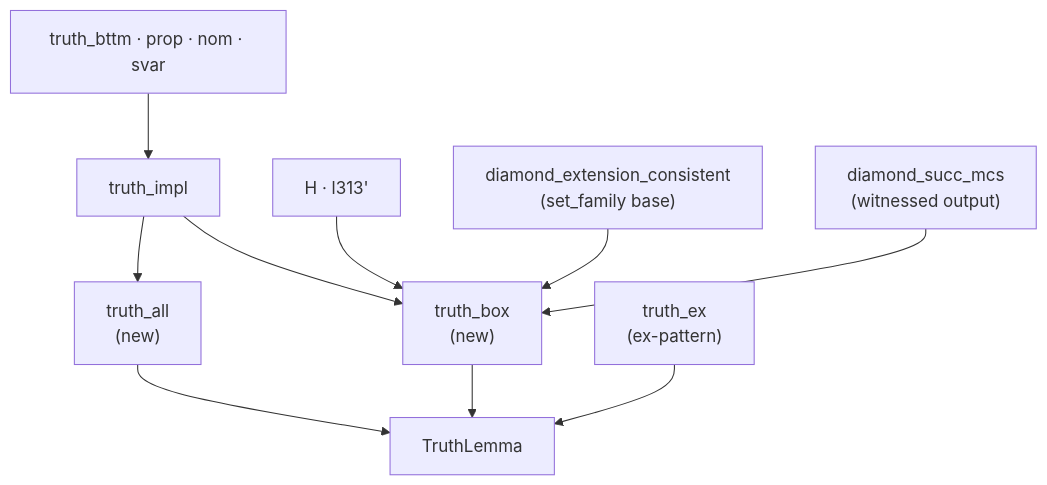
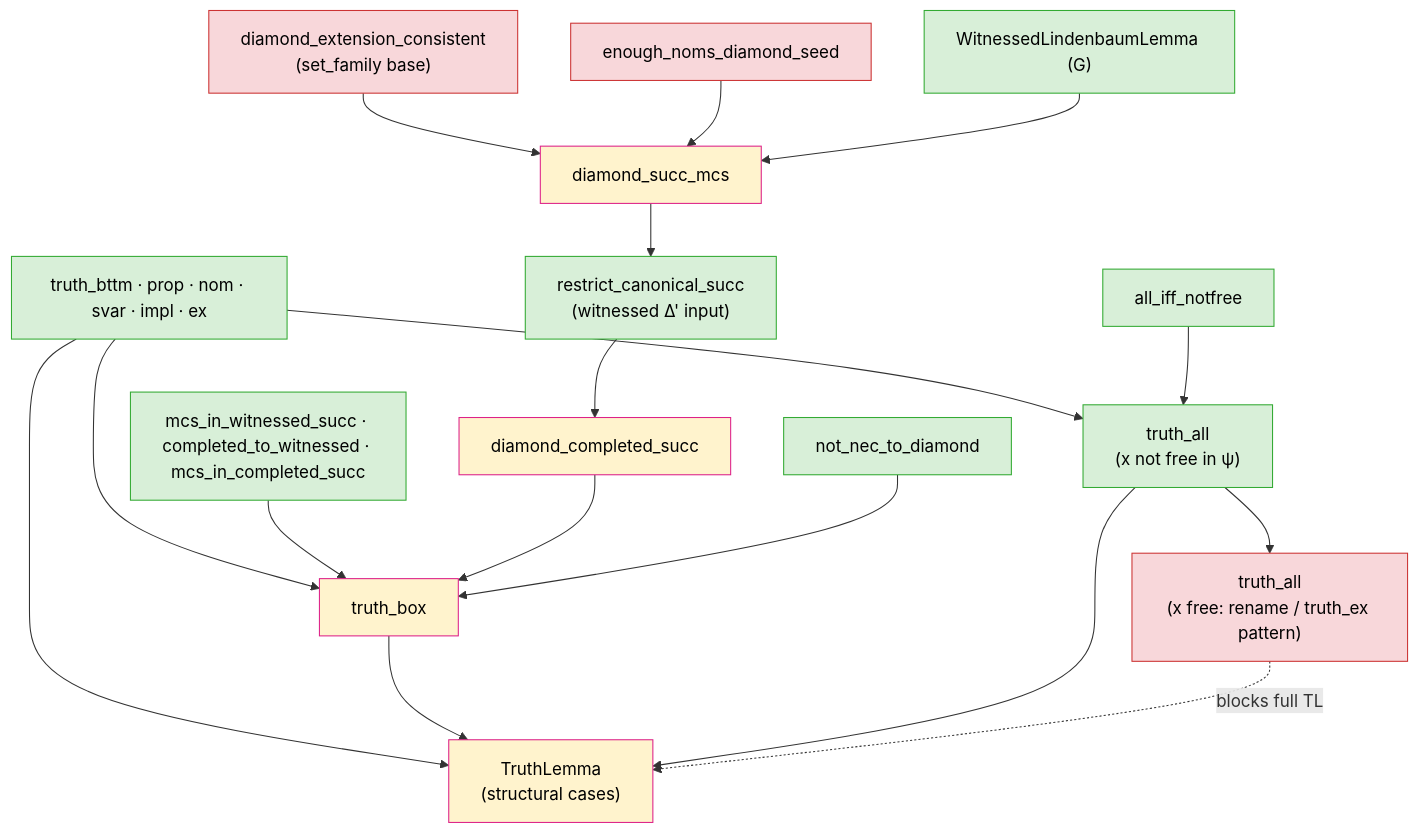
Before and after one commit to catskillsresearch/hybrid_logic_lean_revisited: the fourth of 5 diagrams in arxiv.md, drawn with Mermaid. The commit also changed other lines of this file and 2 other files, not shown here.

Commit message:
Add `subst_depth_bind` theorem in Substitutions.lean to establish depth relationships for substitutions in hybrid logic. Update truth lemma in CompletedModel.lean for clarity and consistency. Revise arxiv.md to reflect these enhancements and their implications for the completeness proof.

````diff
--- a/arxiv.md
+++ b/arxiv.md
@@ -273,12 +286,34 @@
 ```mermaid
 flowchart TD
-  base["truth_bttm · prop · nom · svar"] --> impl["truth_impl"]
-  impl --> box["truth_box<br/>(new)"]
-  impl --> all["truth_all<br/>(new)"]
-  H["H · l313'"] --> box
-  setfam["diamond_extension_consistent<br/>(set_family base)"] --> box
-  witlift["diamond_succ_mcs<br/>(witnessed output)"] --> box
-  ex["truth_ex<br/>(ex-pattern)"] --> TLm["TruthLemma"]
+  classDef pass fill:#d8efd8,stroke:#3a3,color:#000
+  classDef partial fill:#fff3cd,stroke:#d28,color:#000
+  classDef open fill:#f8d7da,stroke:#c33,color:#000
+
+  base["truth_bttm · prop · nom · svar · impl · ex"]:::pass
+  succ["mcs_in_witnessed_succ · completed_to_witnessed · mcs_in_completed_succ"]:::pass
+
+  cons["diamond_extension_consistent<br/>(set_family base)"]:::open
+  nom["enough_noms_diamond_seed"]:::open
+  WL["WitnessedLindenbaumLemma (G)"]:::pass
+  cons --> dsc["diamond_succ_mcs"]:::partial
+  nom --> dsc
+  WL --> dsc
+  dsc --> rcs["restrict_canonical_succ<br/>(witnessed Δ' input)"]:::pass
+  rcs --> dcs["diamond_completed_succ"]:::partial
+  nnd["not_nec_to_diamond"]:::pass
+
+  base --> box["truth_box"]:::partial
+  succ --> box
+  dcs --> box
+  nnd --> box
+
+  ainf["all_iff_notfree"]:::pass
+  base --> allNF["truth_all<br/>(x not free in ψ)"]:::pass
+  ainf --> allNF
+  allNF --> allF["truth_all<br/>(x free: rename / truth_ex pattern)"]:::open
+
+  base --> TLm["TruthLemma<br/>(structural cases)"]:::partial
   box --> TLm
-  all --> TLm
+  allNF --> TLm
+  allF -.->|"blocks full TL"| TLm
 ```
````
